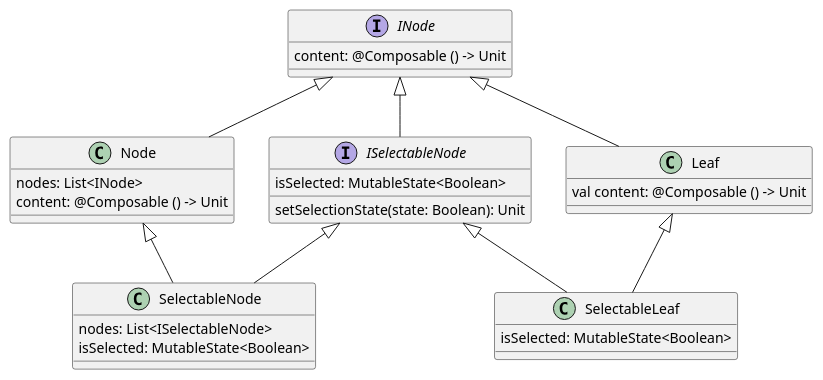
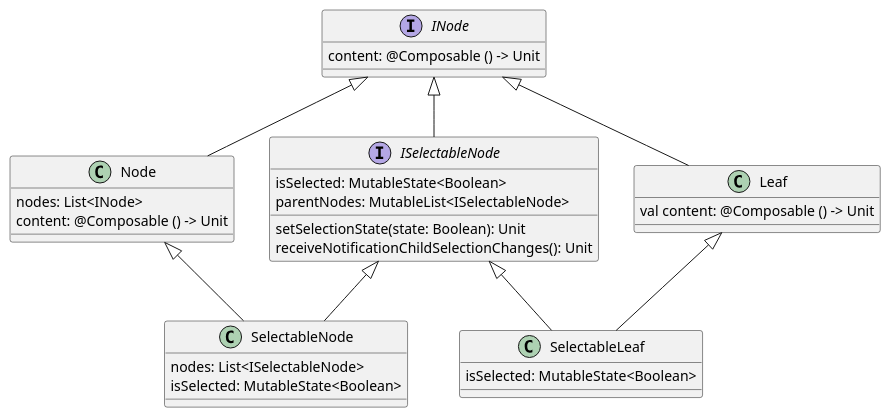
Before and after one commit to astu-app/ASTU-APP: the diagram in features/bulletinBoardFeature/src/commonMain/kotlin/org/astu/feature/bulletinBoard/views/entities/audienceGraph/audienceGraphClass.puml, drawn with PlantUML. The commit also changed 142 other files, not shown here.

```diff
--- a/features/bulletinBoardFeature/src/commonMain/kotlin/org/astu/feature/bulletinBoard/views/entities/audienceGraph/audienceGraphClass.puml
+++ b/features/bulletinBoardFeature/src/commonMain/kotlin/org/astu/feature/bulletinBoard/views/entities/audienceGraph/audienceGraphClass.puml
@@ -1,40 +1,42 @@
 @startuml
 'https://plantuml.com/class-diagram
 
 interface INode {
     {field} content: @Composable () -> Unit
 }
 
 class Node {
     {field} nodes: List<INode>
     {field} content: @Composable () -> Unit
 }
 INode <|-- Node
 
 class Leaf {
     {field} val content: @Composable () -> Unit
 }
 INode <|-- Leaf
 
 
 
 interface ISelectableNode {
     {field} isSelected: MutableState<Boolean>
+    {field} parentNodes: MutableList<ISelectableNode>
     {method} setSelectionState(state: Boolean): Unit
+    {method} receiveNotificationChildSelectionChanges(): Unit
 }
 INode <|-- ISelectableNode
 
 class SelectableNode {
     {field} nodes: List<ISelectableNode>
     {field} isSelected: MutableState<Boolean>
 }
 Node <|-- SelectableNode
 
 ISelectableNode <|-- SelectableNode
 class SelectableLeaf {
     {field} isSelected: MutableState<Boolean>
 }
 Leaf <|-- SelectableLeaf
 ISelectableNode <|-- SelectableLeaf
 
 @enduml
```
